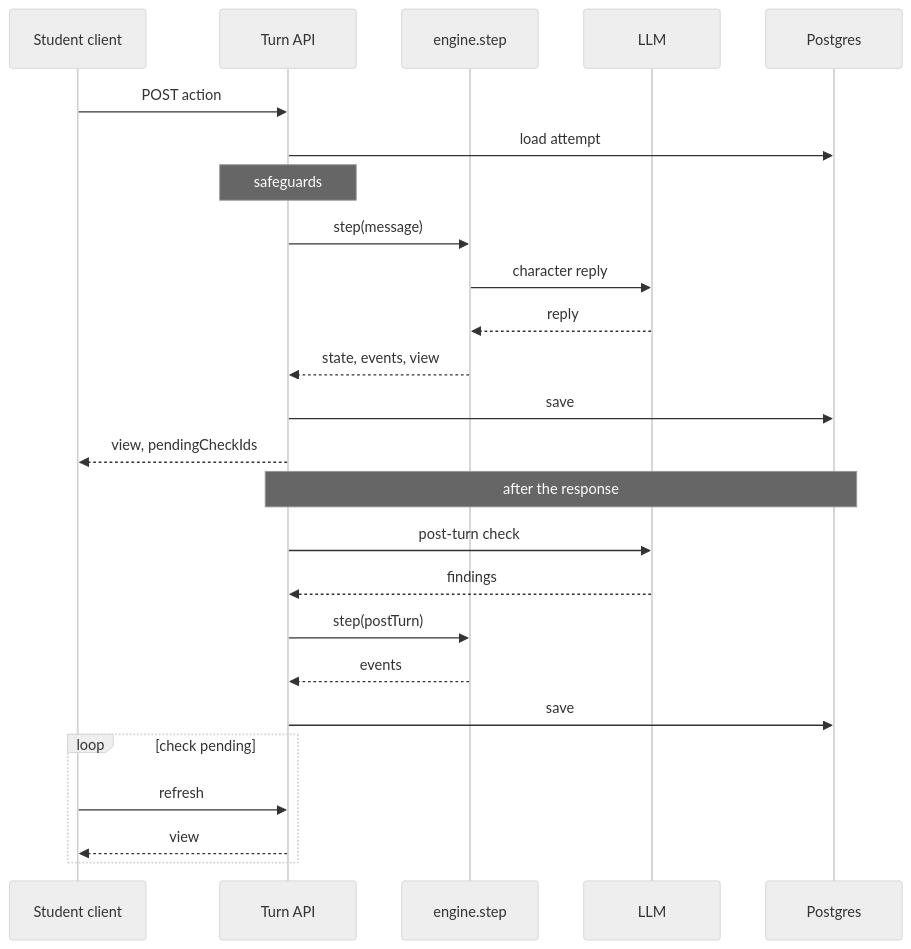
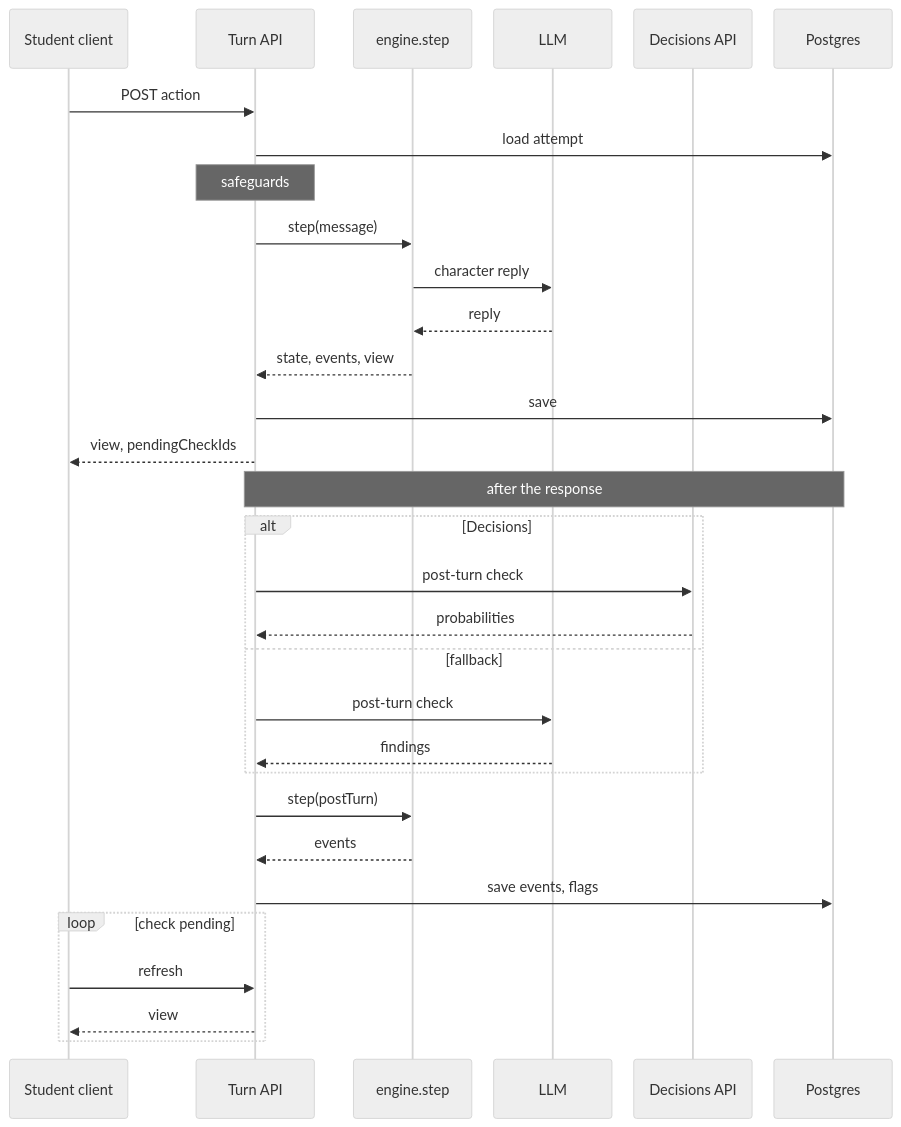
Before and after one commit to damiancxliew/CS3216_Assignment3: the diagram in docs/diagrams/d3-play-sequence.mmd, drawn with Mermaid (neutral theme). The commit also changed 6 other files, not shown here.

Commit message:
docs: update D1, D3, D5 and notes for Decisions post-turn check and severity flags (PR #397)

```diff
--- a/docs/diagrams/d3-play-sequence.mmd
+++ b/docs/diagrams/d3-play-sequence.mmd
@@ -1,29 +1,36 @@
 %% D3: one student message through the Turn API. Step notes: NOTES.md
+%%{init: {"sequence": {"actorMargin": 24, "width": 130}}}%%
 sequenceDiagram
   participant C as Student client
   participant API as Turn API
   participant ENG as engine.step
   participant LLM as LLM
+  participant DEC as Decisions API
   participant DB as Postgres
 
   C->>API: POST action
   API->>DB: load attempt
   Note over API: safeguards
   API->>ENG: step(message)
   ENG->>LLM: character reply
   LLM-->>ENG: reply
   ENG-->>API: state, events, view
   API->>DB: save
   API-->>C: view, pendingCheckIds
 
   Note over API,DB: after the response
-  API->>LLM: post-turn check
-  LLM-->>API: findings
+  alt Decisions
+    API->>DEC: post-turn check
+    DEC-->>API: probabilities
+  else fallback
+    API->>LLM: post-turn check
+    LLM-->>API: findings
+  end
   API->>ENG: step(postTurn)
   ENG-->>API: events
-  API->>DB: save
+  API->>DB: save events, flags
 
   loop check pending
     C->>API: refresh
     API-->>C: view
   end
```
